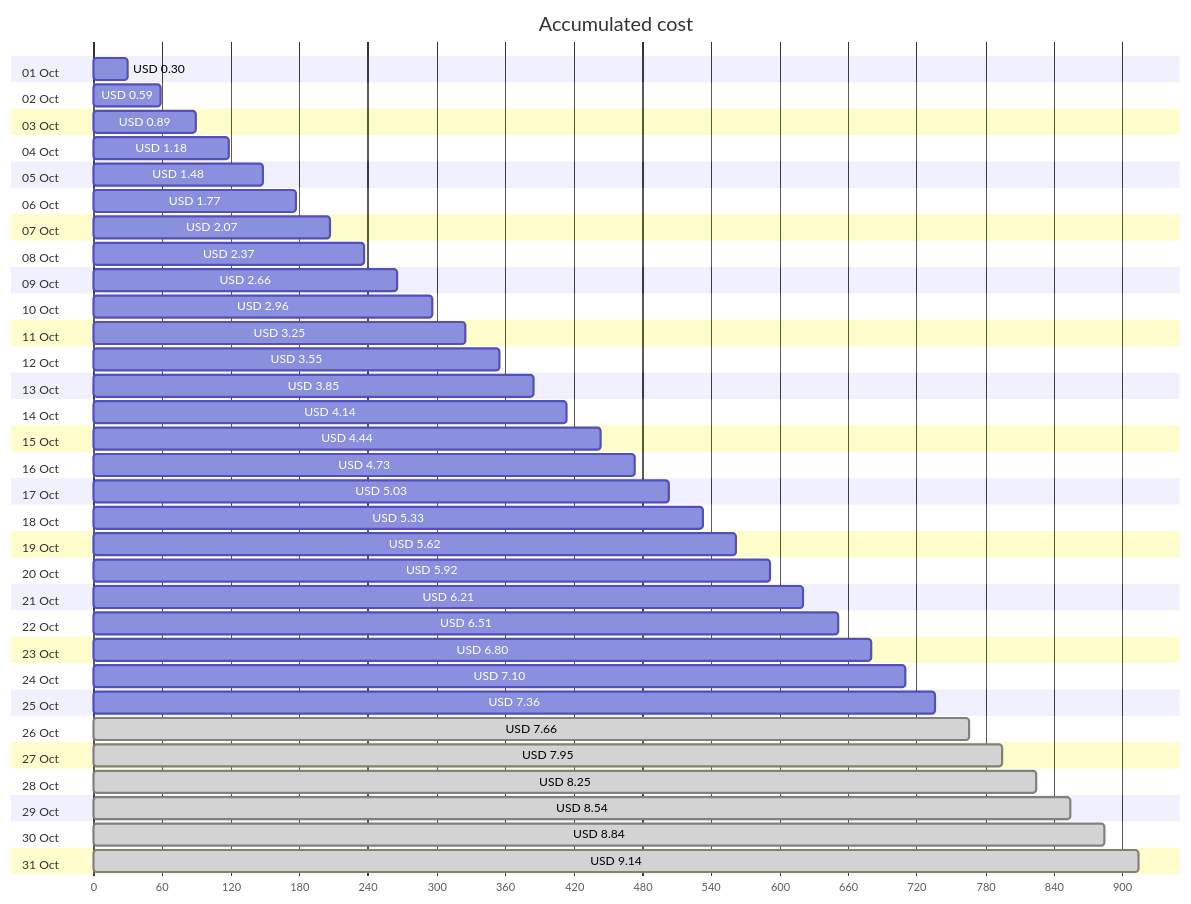
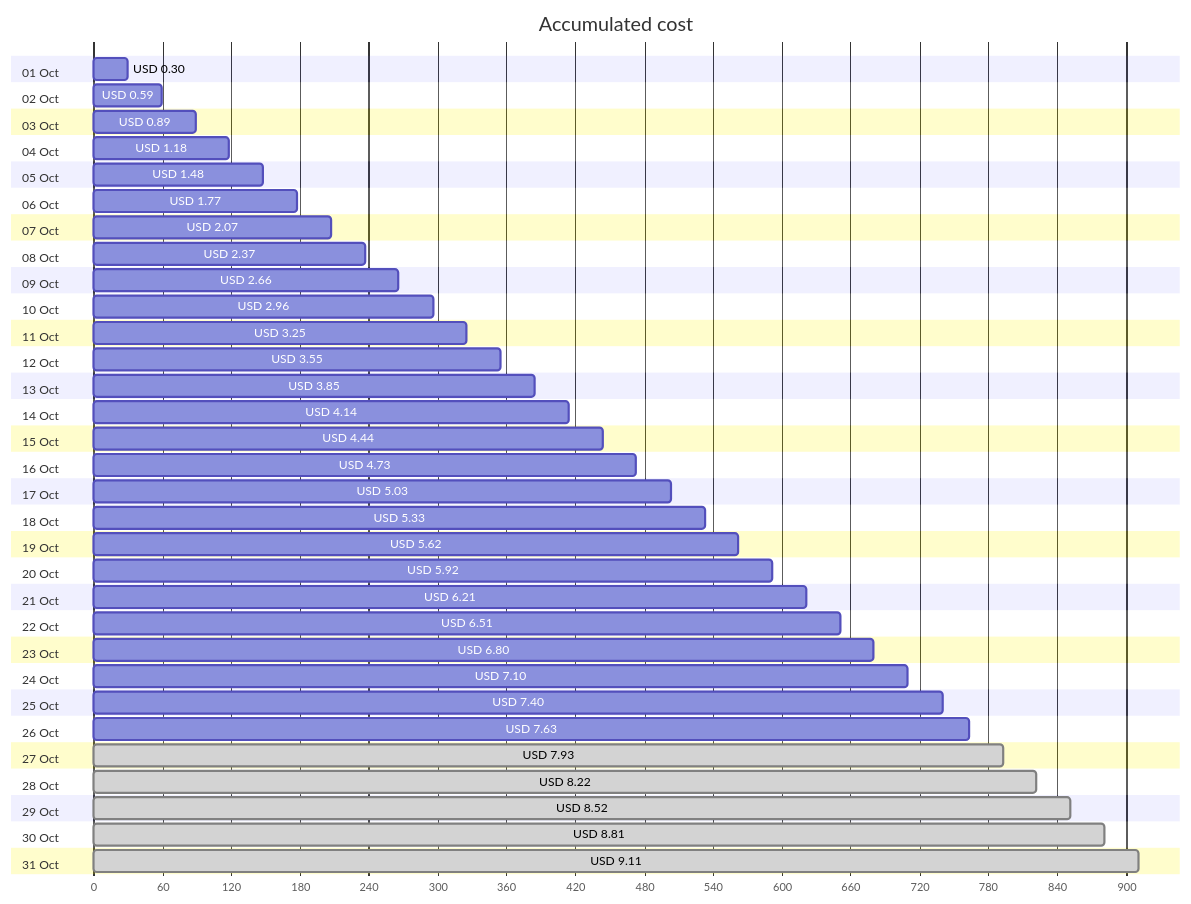
The first of 4 diagrams in cost-reports/personal-site/personal-site-preview.md (jpfulton/azure-personal-reports), drawn with Mermaid before and after one commit. The commit also changed other lines of this file and 7 other files, not shown here.

````diff
--- a/cost-reports/personal-site/personal-site-preview.md
+++ b/cost-reports/personal-site/personal-site-preview.md
@@ -20,68 +20,68 @@
 ```mermaid
 gantt
    title Accumulated cost
    dateFormat  X
    axisFormat %s
    section 01 Oct
    USD 0.30 :0, 30
    section 02 Oct
    USD 0.59 :0, 59
    section 03 Oct
    USD 0.89 :0, 89
    section 04 Oct
    USD 1.18 :0, 118
    section 05 Oct
    USD 1.48 :0, 148
    section 06 Oct
    USD 1.77 :0, 177
    section 07 Oct
    USD 2.07 :0, 207
    section 08 Oct
    USD 2.37 :0, 237
    section 09 Oct
    USD 2.66 :0, 266
    section 10 Oct
    USD 2.96 :0, 296
    section 11 Oct
    USD 3.25 :0, 325
    section 12 Oct
    USD 3.55 :0, 355
    section 13 Oct
    USD 3.85 :0, 385
    section 14 Oct
    USD 4.14 :0, 414
    section 15 Oct
    USD 4.44 :0, 444
    section 16 Oct
    USD 4.73 :0, 473
    section 17 Oct
    USD 5.03 :0, 503
    section 18 Oct
    USD 5.33 :0, 533
    section 19 Oct
    USD 5.62 :0, 562
    section 20 Oct
    USD 5.92 :0, 592
    section 21 Oct
    USD 6.21 :0, 621
    section 22 Oct
    USD 6.51 :0, 651
    section 23 Oct
    USD 6.80 :0, 680
    section 24 Oct
    USD 7.10 :0, 710
    section 25 Oct
-   USD 7.36 :0, 736
+   USD 7.40 :0, 740
    section 26 Oct
-   USD 7.66 : done, 0, 766
+   USD 7.63 :0, 763
    section 27 Oct
-   USD 7.95 : done, 0, 795
+   USD 7.93 : done, 0, 793
    section 28 Oct
-   USD 8.25 : done, 0, 825
+   USD 8.22 : done, 0, 822
    section 29 Oct
-   USD 8.54 : done, 0, 854
+   USD 8.52 : done, 0, 852
    section 30 Oct
-   USD 8.84 : done, 0, 884
+   USD 8.81 : done, 0, 881
    section 31 Oct
-   USD 9.14 : done, 0, 914
+   USD 9.11 : done, 0, 911
 ```
````
